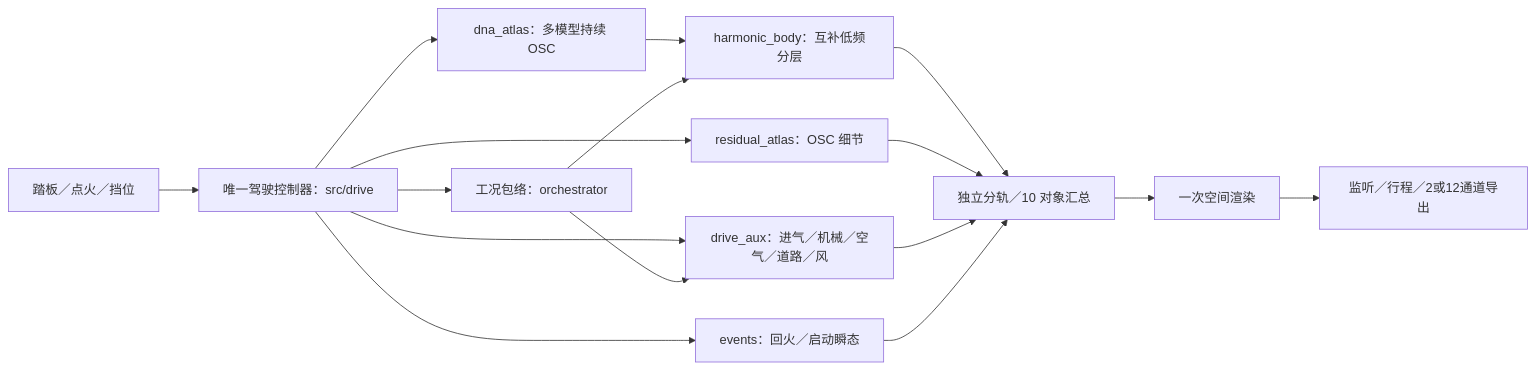
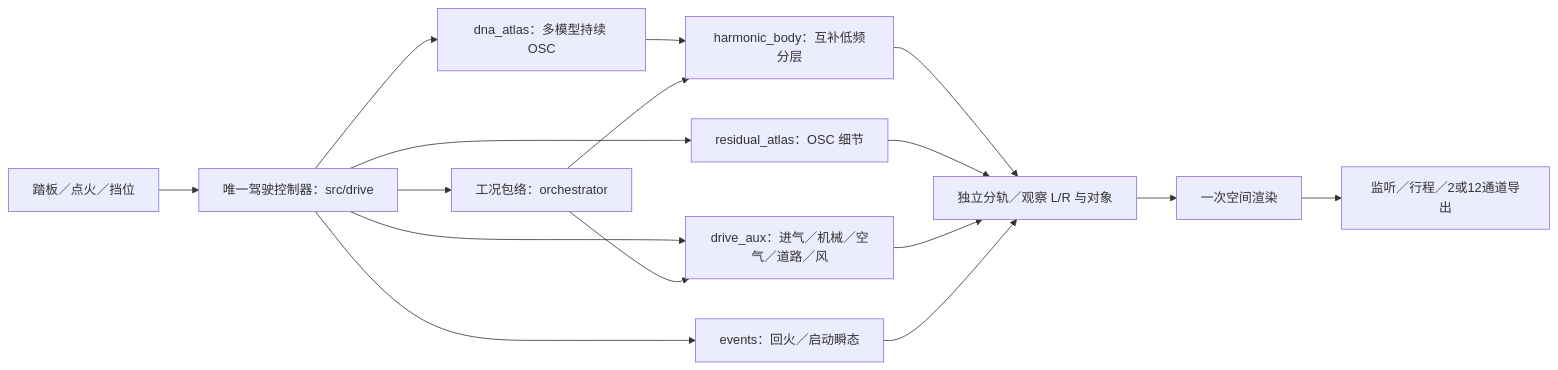
The diagram in handoff/算法说明.md (Kidrage/VehicleSoundLab), drawn with Mermaid before and after one commit. The commit also changed other lines of this file and 34 other files, not shown here.

````diff
--- a/handoff/算法说明.md
+++ b/handoff/算法说明.md
@@ -11,18 +13,18 @@
 ```mermaid
 flowchart LR
     UI[踏板／点火／挡位] --> CTRL[唯一驾驶控制器：src/drive]
     CTRL --> ENV[工况包络：orchestrator]
     CTRL --> DNA[dna_atlas：多模型持续 OSC]
     DNA --> BODY[harmonic_body：互补低频分层]
     CTRL --> DETAIL[residual_atlas：OSC 细节]
     CTRL --> AUX[drive_aux：进气／机械／空气／道路／风]
     CTRL --> EVT[events：回火／启动瞬态]
     ENV --> BODY
     ENV --> AUX
-    BODY --> BUS[独立分轨／10 对象汇总]
+    BODY --> BUS[独立分轨／观察 L/R 与对象]
     DETAIL --> BUS
     AUX --> BUS
     EVT --> BUS
     BUS --> SPACE[一次空间渲染]
     SPACE --> HOST[监听／行程／2或12通道导出]
 ```
````
